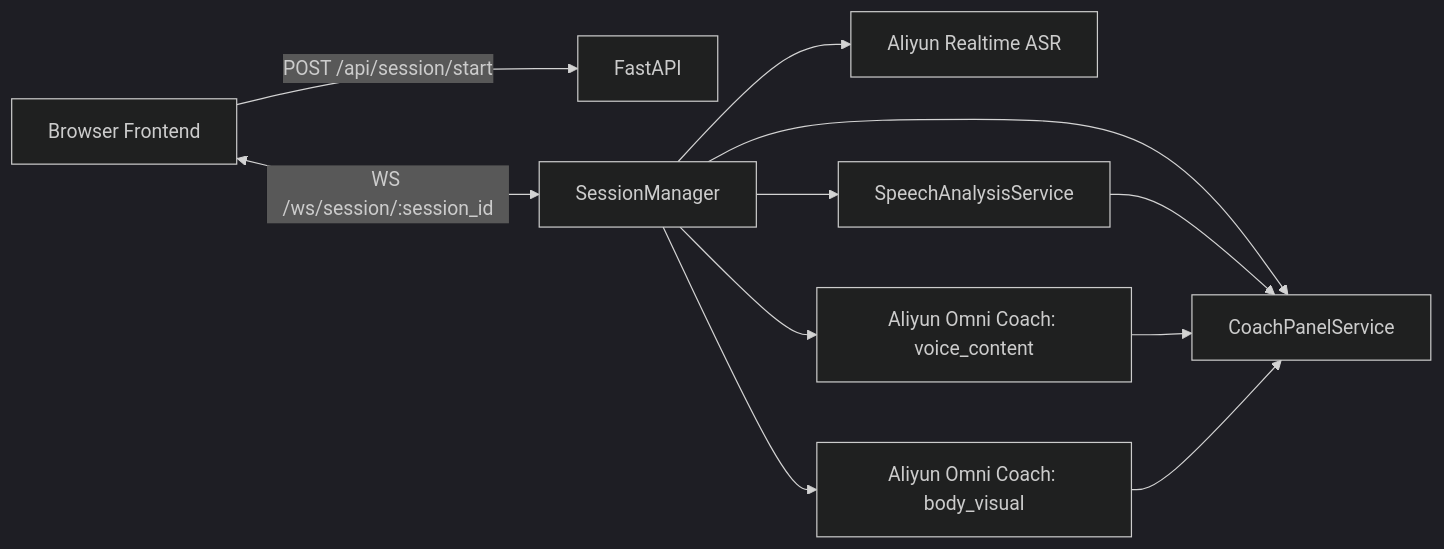
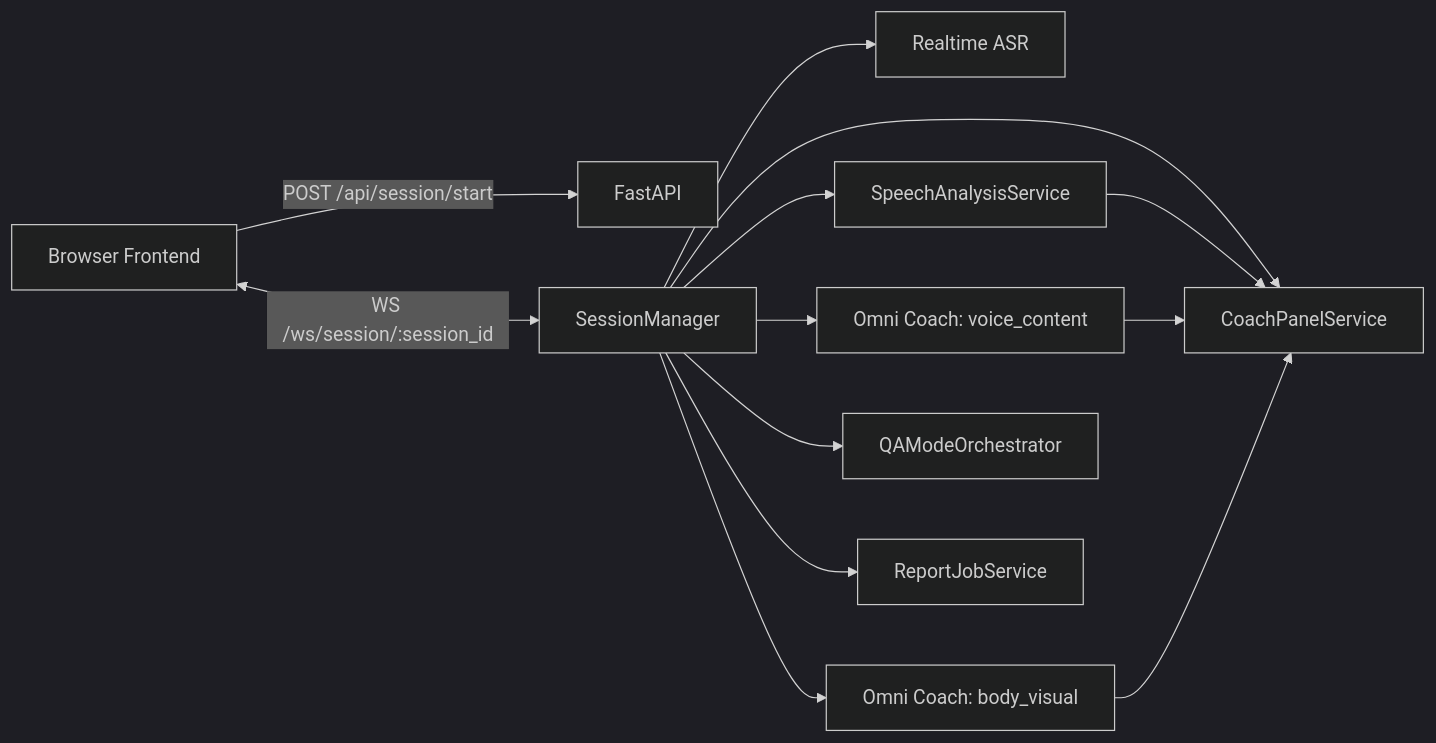
One commit to Nigel-yuan/speak_up changed the diagram in backend/REALTIME_ARCHITECTURE.md. Above: the diagram before and after it, drawn with Mermaid (dark theme). The commit also changed other lines of this file and 33 other files, not shown here.

````diff
--- a/backend/REALTIME_ARCHITECTURE.md
+++ b/backend/REALTIME_ARCHITECTURE.md
@@ -36,15 +19,17 @@
 ```mermaid
 flowchart LR
     A[Browser Frontend] -->|POST /api/session/start| B[FastAPI]
     A <-->|WS /ws/session/:session_id| C[SessionManager]
 
-    C --> D[Aliyun Realtime ASR]
-    C --> E[Aliyun Omni Coach: voice_content]
-    C --> F[Aliyun Omni Coach: body_visual]
+    C --> D[Realtime ASR]
+    C --> E[Omni Coach: voice_content]
+    C --> F[Omni Coach: body_visual]
     C --> G[SpeechAnalysisService]
     C --> H[CoachPanelService]
+    C --> I[QAModeOrchestrator]
+    C --> J[ReportJobService]
 
     G --> H
     E --> H
     F --> H
 ```
````
